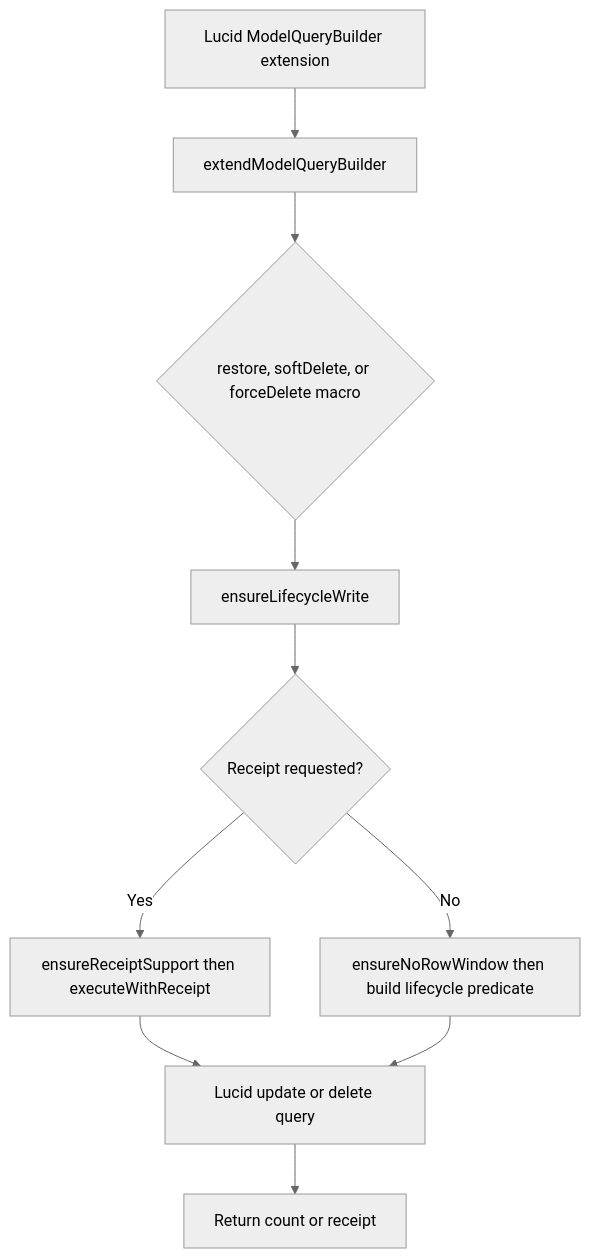
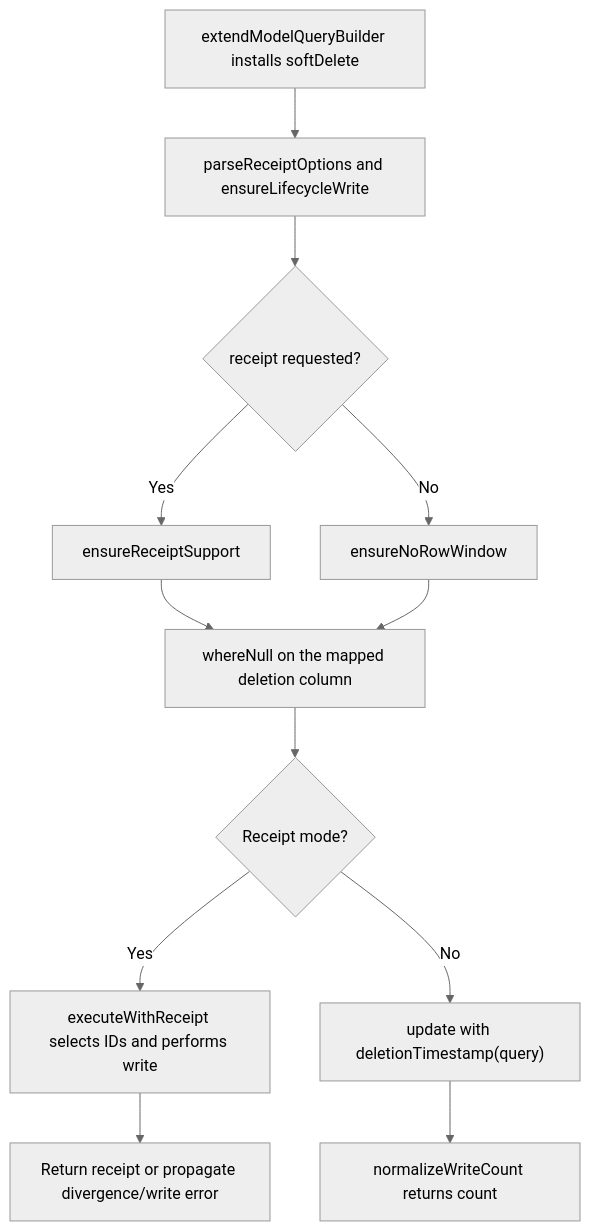
One commit to Kevinjohn/oss-adonisjs-lucid-soft-delete changed the second of 2 diagrams in user-stories/bulk-operations/us-app-05-bulk-lifecycle.md. Above: the diagram before and after it, drawn with Mermaid (neutral theme). The commit also changed other lines of this file and 6 other files, not shown here.

````diff
--- a/user-stories/bulk-operations/us-app-05-bulk-lifecycle.md
+++ b/user-stories/bulk-operations/us-app-05-bulk-lifecycle.md
@@ -40,12 +39,14 @@
 ```mermaid
 flowchart TD
-    A["Lucid ModelQueryBuilder extension"] --> B["extendModelQueryBuilder"]
-    B --> C{"restore, softDelete, or forceDelete macro"}
-    C --> D["ensureLifecycleWrite"]
-    D --> E{"Receipt requested?"}
-    E -->|Yes| F["ensureReceiptSupport then executeWithReceipt"]
-    E -->|No| G["ensureNoRowWindow then build lifecycle predicate"]
-    F --> H["Lucid update or delete query"]
-    G --> H
-    H --> I["Return count or receipt"]
+    A["extendModelQueryBuilder installs softDelete"] --> B["parseReceiptOptions and ensureLifecycleWrite"]
+    B --> C{"receipt requested?"}
+    C -->|Yes| D["ensureReceiptSupport"]
+    C -->|No| E["ensureNoRowWindow"]
+    D --> F["whereNull on the mapped deletion column"]
+    E --> F
+    F --> G{"Receipt mode?"}
+    G -->|Yes| H["executeWithReceipt selects IDs and performs write"]
+    G -->|No| I["update with deletionTimestamp(query)"]
+    H --> J["Return receipt or propagate divergence/write error"]
+    I --> K["normalizeWriteCount returns count"]
 ```
````
